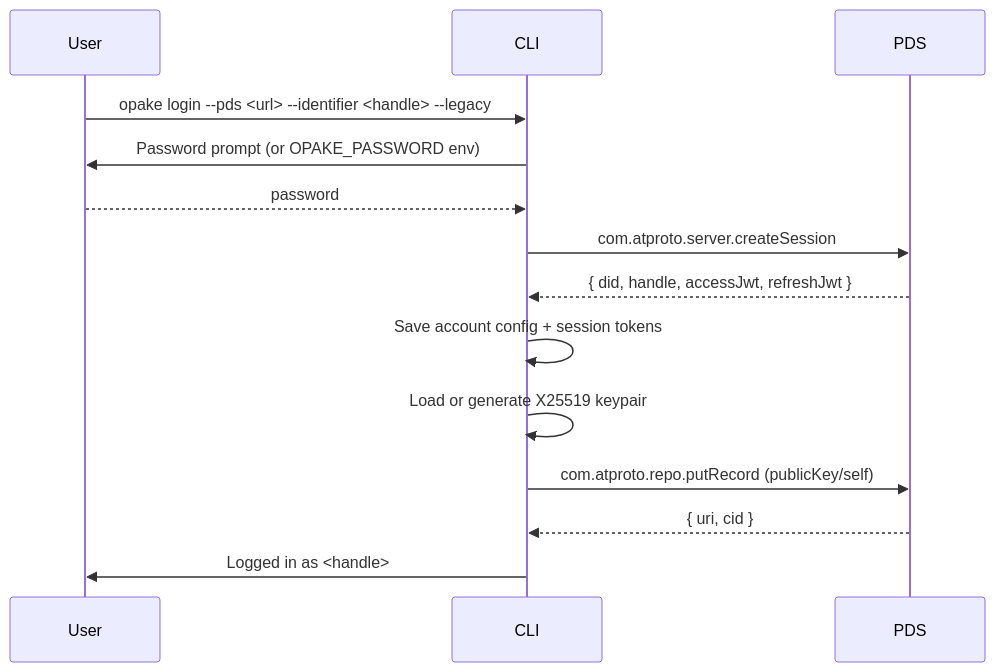
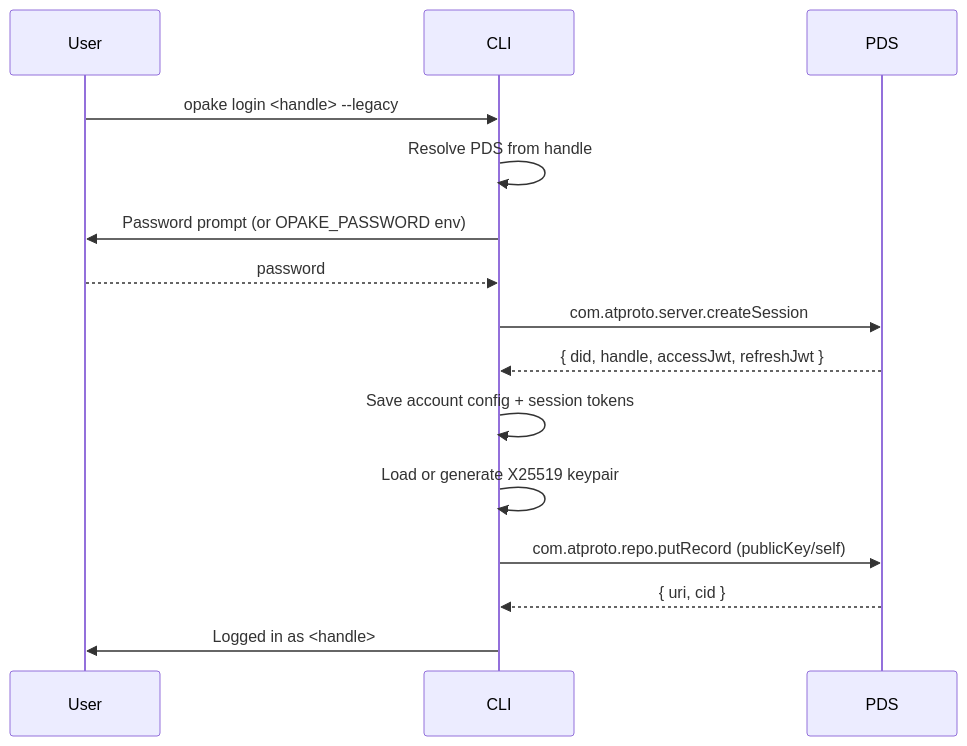
The second of 4 diagrams in docs/flows/authentication.md (Sans-Self/Opake), drawn with Mermaid before and after one commit. The commit also changed other lines of this file and 14 other files, not shown here.

First line of the commit message:
Handle-based login with automatic PDS resolution

````diff
--- a/docs/flows/authentication.md
+++ b/docs/flows/authentication.md
@@ -51,21 +52,22 @@
 ```mermaid
 sequenceDiagram
     participant User
     participant CLI
     participant PDS
 
-    User->>CLI: opake login --pds <url> --identifier <handle> --legacy
+    User->>CLI: opake login <handle> --legacy
+    CLI->>CLI: Resolve PDS from handle
     CLI->>User: Password prompt (or OPAKE_PASSWORD env)
     User-->>CLI: password
 
     CLI->>PDS: com.atproto.server.createSession
     PDS-->>CLI: { did, handle, accessJwt, refreshJwt }
 
     CLI->>CLI: Save account config + session tokens
     CLI->>CLI: Load or generate X25519 keypair
 
     CLI->>PDS: com.atproto.repo.putRecord (publicKey/self)
     PDS-->>CLI: { uri, cid }
 
     CLI->>User: Logged in as <handle>
 ```
````
